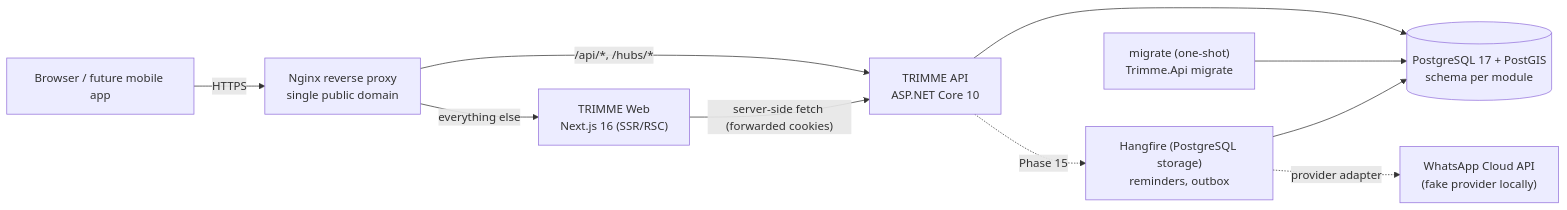
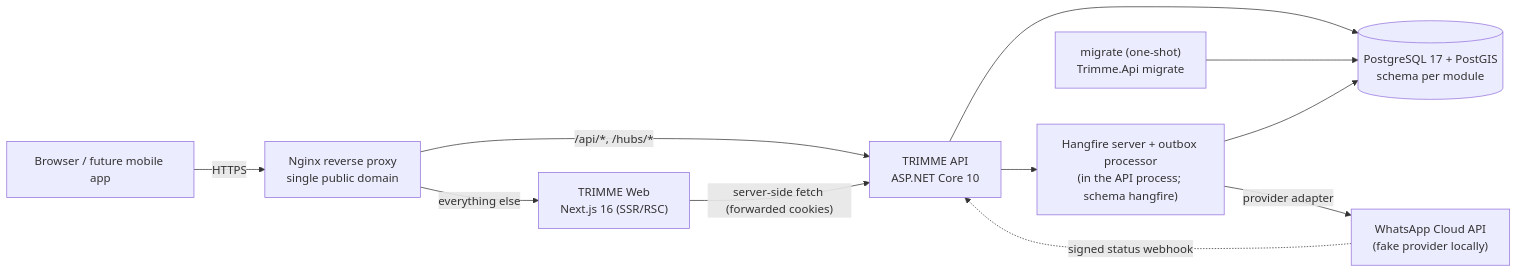
One commit to shaqwieer/Trimme changed the first of 5 diagrams in docs/architecture.md. Above: the diagram before and after it, drawn with Mermaid. The commit also changed 104 other files, not shown here.

````diff
--- a/docs/architecture.md
+++ b/docs/architecture.md
@@ -7,12 +7,13 @@
 ```mermaid
 flowchart LR
     user["Browser / future mobile app"] -->|HTTPS| nginx["Nginx reverse proxy<br/>single public domain"]
     nginx -->|"/api/*, /hubs/*"| api["TRIMME API<br/>ASP.NET Core 10"]
     nginx -->|everything else| web["TRIMME Web<br/>Next.js 16 (SSR/RSC)"]
     web -->|"server-side fetch (forwarded cookies)"| api
     api --> db[("PostgreSQL 17 + PostGIS<br/>schema per module")]
-    api -.->|Phase 15| jobs["Hangfire (PostgreSQL storage)<br/>reminders, outbox"]
+    api --> jobs["Hangfire server + outbox processor<br/>(in the API process; schema hangfire)"]
     jobs --> db
-    jobs -.->|provider adapter| wa["WhatsApp Cloud API<br/>(fake provider locally)"]
+    jobs -->|provider adapter| wa["WhatsApp Cloud API<br/>(fake provider locally)"]
+    wa -.->|signed status webhook| api
     migrate["migrate (one-shot)<br/>Trimme.Api migrate"] --> db
 ```
````
